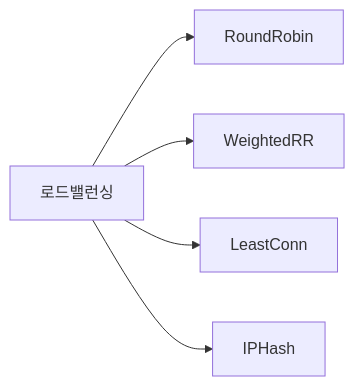
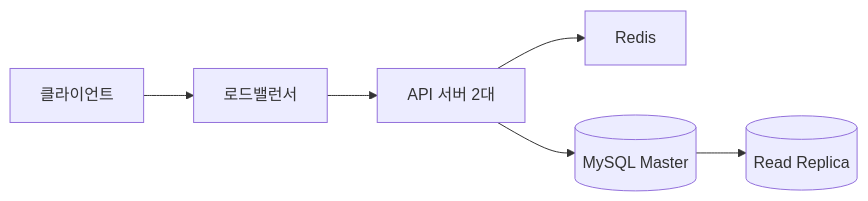
The sixth of 8 diagrams in _posts/systemdesign/2026-05-02-system-design-fundamentals.md (yjkim2015/yjkim2015.github.io), drawn with Mermaid before and after one commit. The commit also changed other lines of this file and 4 other files, not shown here.

````diff
--- a/_posts/systemdesign/2026-05-02-system-design-fundamentals.md
+++ b/_posts/systemdesign/2026-05-02-system-design-fundamentals.md
@@ -320,7 +1688,8 @@
 ```mermaid
 graph LR
-    A[로드밸런싱] --> B[RoundRobin]
-    A --> C[WeightedRR]
-    A --> D[LeastConn]
-    A --> E[IPHash]
+    Client[클라이언트] --> LB[로드밸런서]
+    LB --> API[API 서버 2대]
+    API --> Cache[Redis]
+    API --> Master[(MySQL Master)]
+    Master --> Replica[(Read Replica)]
 ```
````
